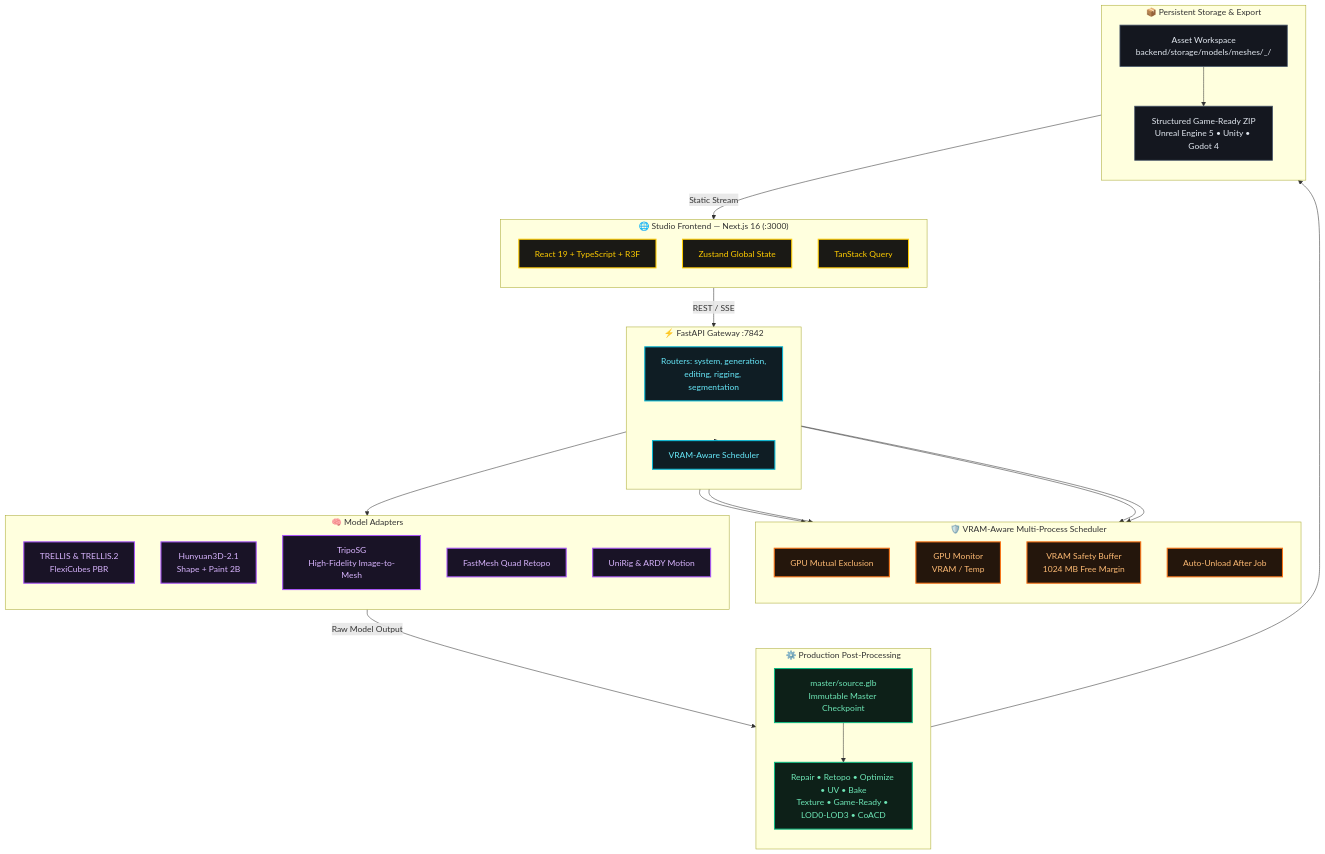
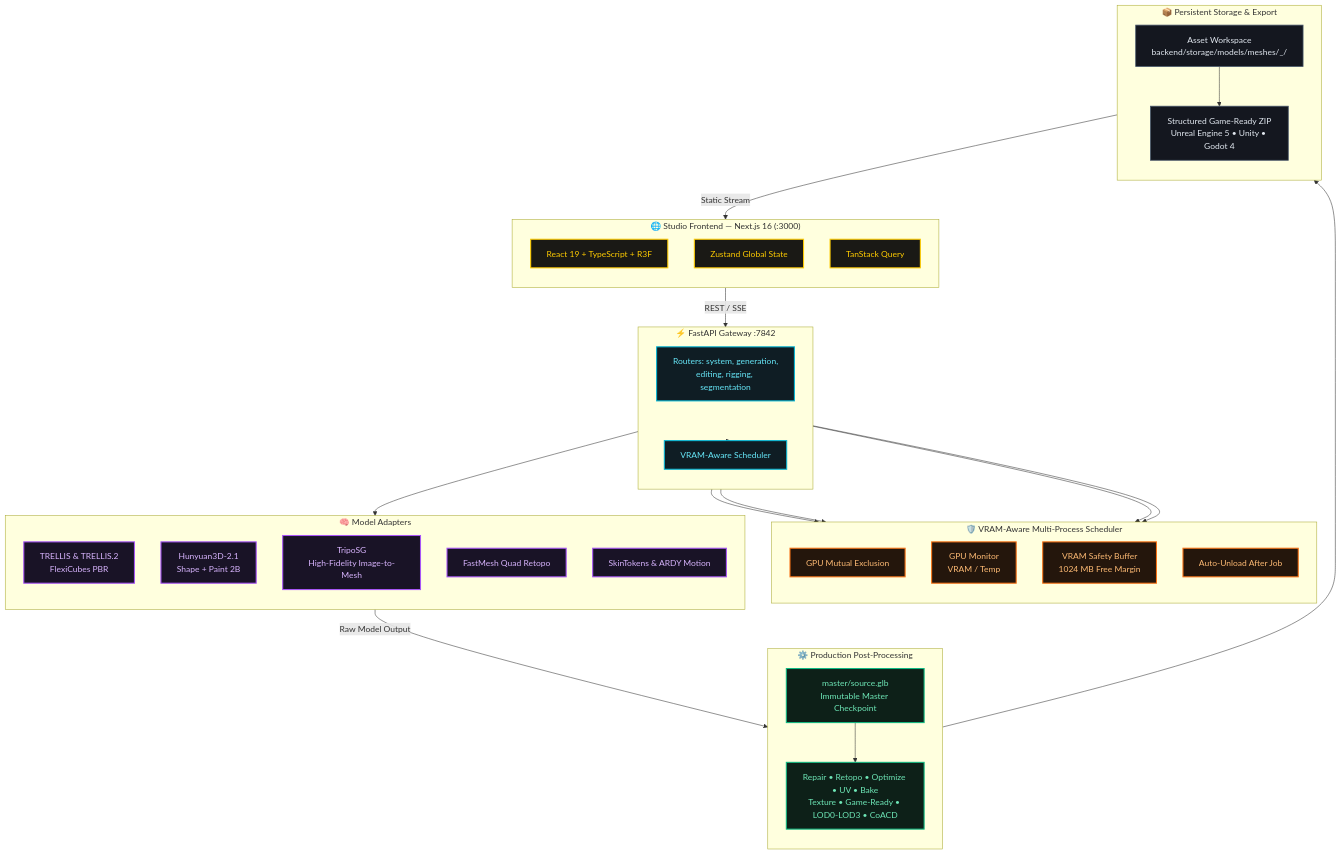
The first of 3 diagrams in Docs/SYSTEM-BLUEPRINT.md (Silentzx2/ForMesh3D), drawn with Mermaid before and after one commit. The commit also changed other lines of this file and 32 other files, not shown here.

First line of the commit message:
feat(rigging): integrate SkinTokens and decommission UniRig

````diff
--- a/Docs/SYSTEM-BLUEPRINT.md
+++ b/Docs/SYSTEM-BLUEPRINT.md
@@ -72,64 +72,64 @@
 ```mermaid
 graph TD
     classDef gold fill:#1a1915,stroke:#ffcc00,stroke-width:2px,color:#ffcc00;
     classDef cyan fill:#0f1d24,stroke:#06b6d4,stroke-width:2px,color:#67e8f9;
     classDef purple fill:#191326,stroke:#a855f7,stroke-width:2px,color:#d8b4fe;
     classDef green fill:#0d2018,stroke:#10b981,stroke-width:2px,color:#6ee7b7;
     classDef orange fill:#24160c,stroke:#f97316,stroke-width:2px,color:#fdba74;
     classDef slate fill:#14171f,stroke:#475569,stroke-width:1.5px,color:#e2e8f0;
 
     subgraph Client["🌐 Studio Frontend — Next.js 16 (:3000)"]
         direction TB
         UI["React 19 + TypeScript + R3F"]:::gold
         STATE["Zustand Global State"]:::gold
         QUERY["TanStack Query"]:::gold
     end
 
     subgraph Gateway["⚡ FastAPI Gateway :7842"]
         direction TB
         API["Routers: system, generation,<br/>editing, rigging, segmentation"]:::cyan
         SCHED["VRAM-Aware Scheduler"]:::cyan
     end
 
     subgraph S["🛡️ VRAM-Aware Multi-Process Scheduler"]
         direction TB
         GPU_LOCK["GPU Mutual Exclusion"]:::orange
         MONITOR["GPU Monitor<br/>VRAM / Temp"]:::orange
         SAFETY["VRAM Safety Buffer<br/>1024 MB Free Margin"]:::orange
         AUTO_UNLOAD["Auto-Unload After Job"]:::orange
     end
 
     subgraph Adapters["🧠 Model Adapters"]
         direction TB
         TRELLIS["TRELLIS & TRELLIS.2<br/>FlexiCubes PBR"]:::purple
         HUNY["Hunyuan3D-2.1<br/>Shape + Paint 2B"]:::purple
         TRIPO["TripoSG<br/>High-Fidelity Image-to-Mesh"]:::purple
         FM["FastMesh Quad Retopo"]:::purple
-        UR["UniRig & ARDY Motion"]:::purple
+        UR["SkinTokens & ARDY Motion"]:::purple
     end
 
     subgraph PostProcess["⚙️ Production Post-Processing"]
         direction TB
         CHECK["master/source.glb<br/>Immutable Master Checkpoint"]:::green
         FINISH["Repair • Retopo • Optimize • UV • Bake<br/>Texture • Game-Ready • LOD0-LOD3 • CoACD"]:::green
     end
 
     subgraph Storage["📦 Persistent Storage & Export"]
         direction TB
         LOCAL["Asset Workspace<br/>backend/storage/models/meshes/<asset>_<job_id>/"]:::slate
         ZIP["Structured Game-Ready ZIP<br/>Unreal Engine 5 • Unity • Godot 4"]:::slate
     end
 
     Client -- "REST / SSE" --> Gateway
     Gateway --> SCHED
     SCHED --> GPU_LOCK
     SCHED --> MONITOR
     SCHED --> SAFETY
     SCHED --> AUTO_UNLOAD
     SCHED --> Adapters
     Adapters -->|Raw Model Output| CHECK
     CHECK --> FINISH
     FINISH --> LOCAL
     LOCAL --> ZIP
     LOCAL -- "Static Stream" --> Client
 ```
````
